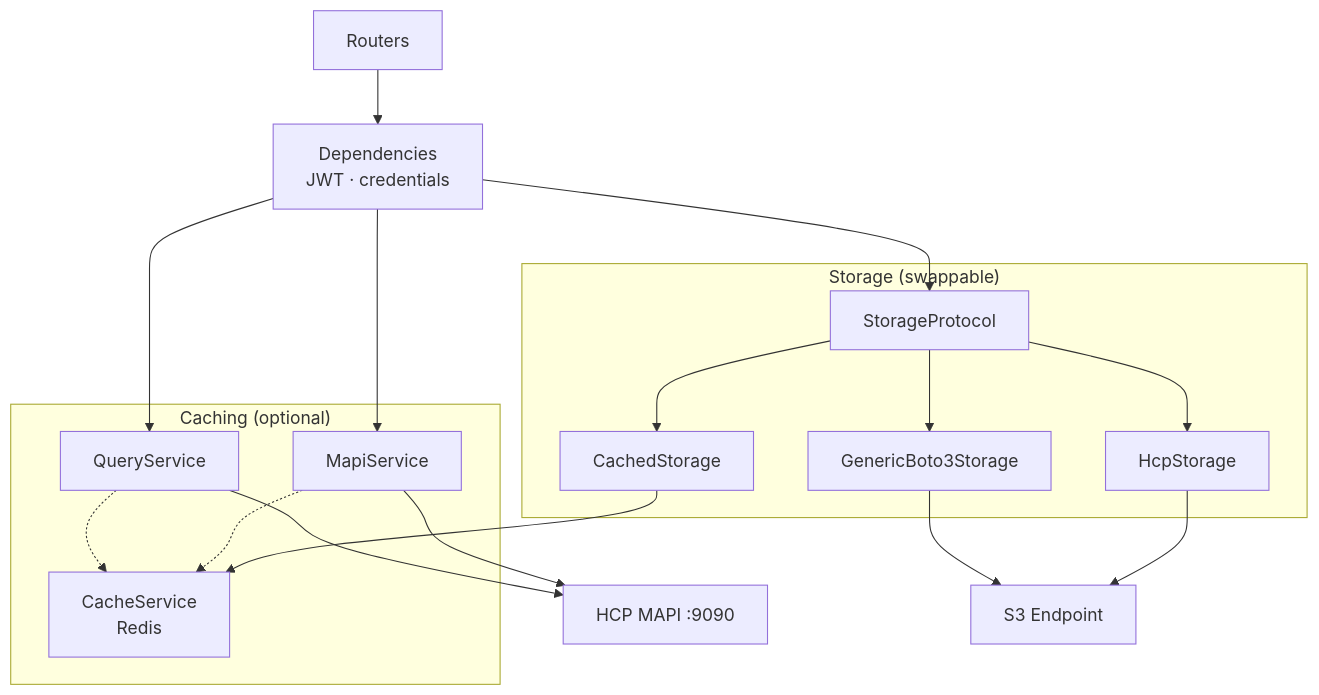
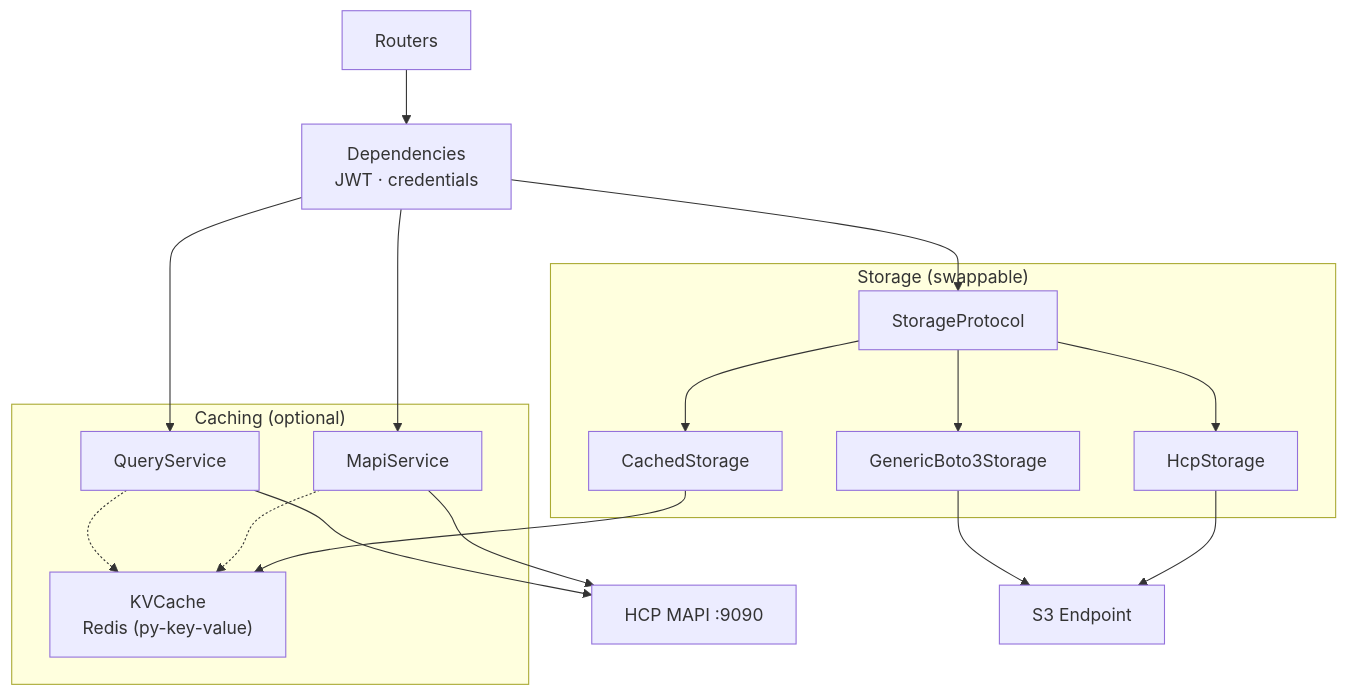
One commit to AI-Riksarkivet/ra-hcp changed the first of 3 diagrams in docs/architecture/backend.md. Above: the diagram before and after it, drawn with Mermaid. The commit also changed other lines of this file and 4 other files, not shown here.

````diff
--- a/docs/architecture/backend.md
+++ b/docs/architecture/backend.md
@@ -5,25 +5,25 @@
 ```mermaid
 graph TD
     R["Routers"] --> DEP["Dependencies<br/>JWT · credentials"]
 
     DEP --> MS["MapiService"]
     DEP --> SP["StorageProtocol"]
     DEP --> QS["QueryService"]
 
     subgraph "Storage (swappable)"
         SP --> CACHED["CachedStorage"]
         SP --> HCP_A["HcpStorage"]
         SP --> GEN["GenericBoto3Storage"]
     end
 
     subgraph "Caching (optional)"
-        CACHED --> CS["CacheService<br/>Redis"]
+        CACHED --> CS["KVCache<br/>Redis (py-key-value)"]
         MS -.-> CS
         QS -.-> CS
     end
 
     MS --> HCP_EXT["HCP MAPI :9090"]
     HCP_A --> S3_EXT["S3 Endpoint"]
     GEN --> S3_EXT
     QS --> HCP_EXT
 ```
````
